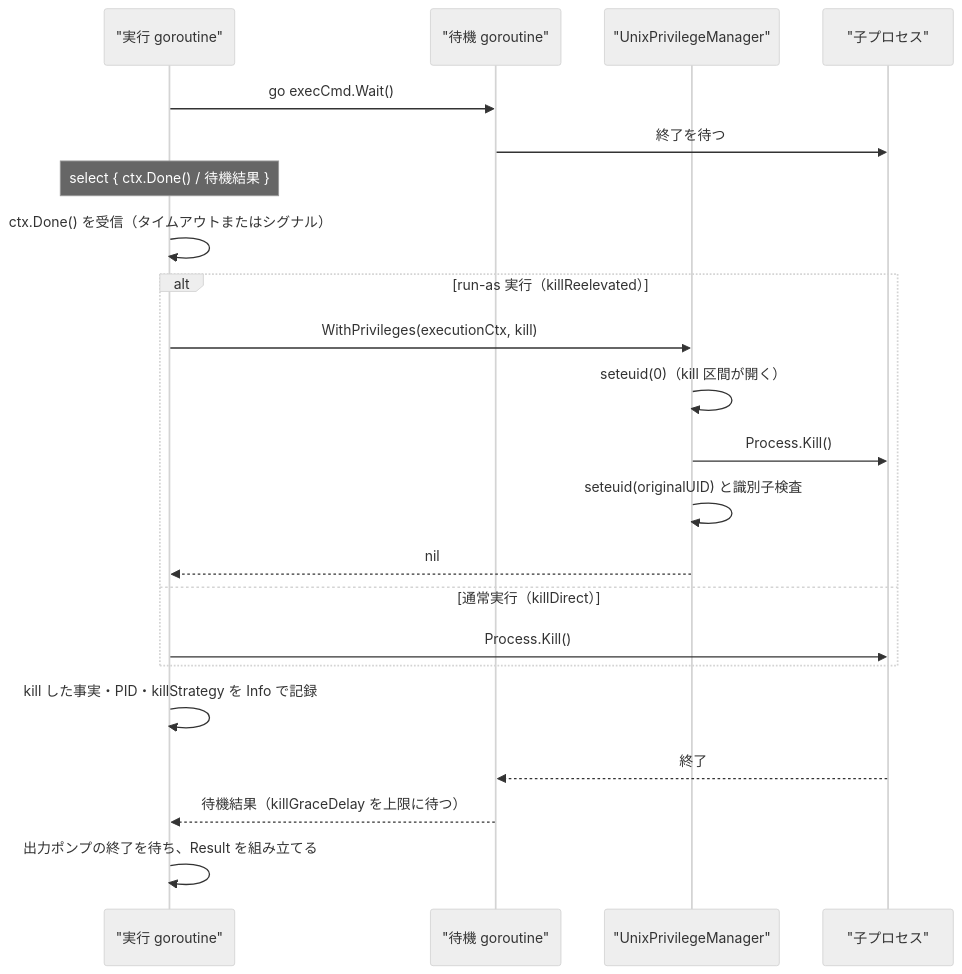
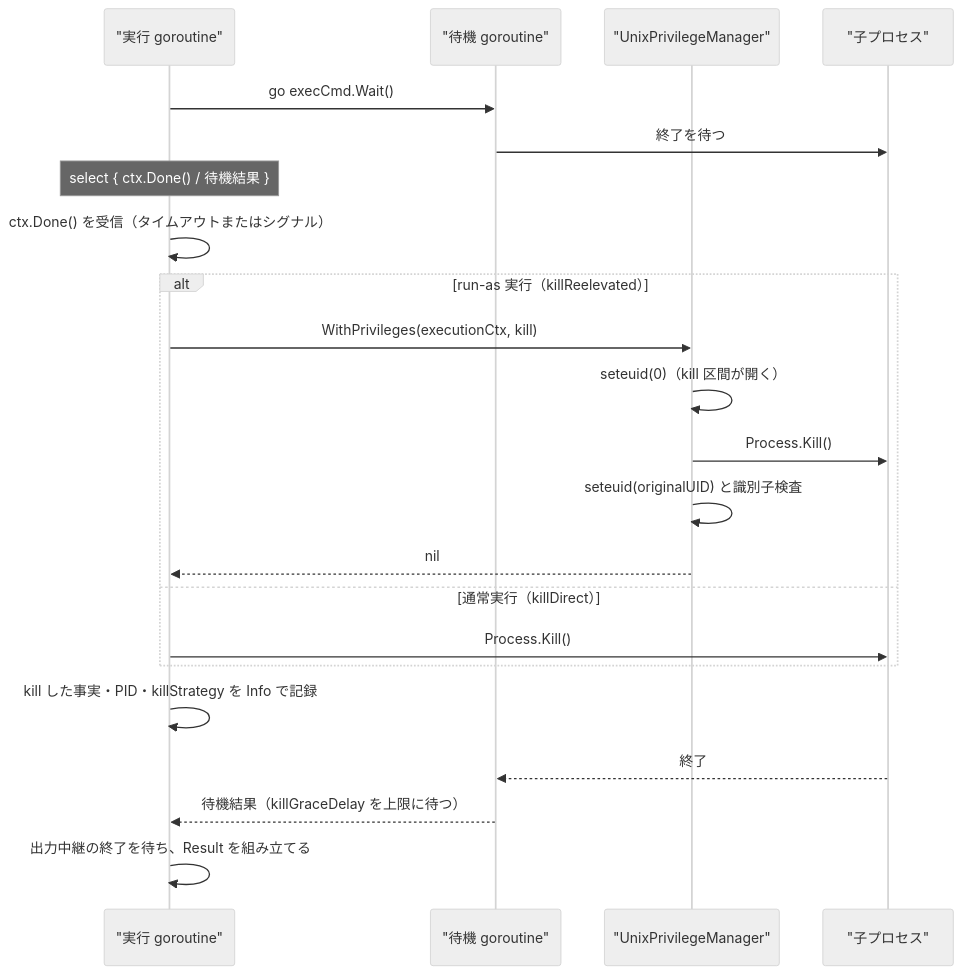
Before and after one commit to isseis/go-safe-cmd-runner: diagram 11 of 13 in docs/tasks/0171_privilege_gap_narrowing/02_architecture.md, drawn with Mermaid (neutral theme). The commit also changed other lines of this file, not shown here.

````diff
--- a/docs/tasks/0171_privilege_gap_narrowing/02_architecture.md
+++ b/docs/tasks/0171_privilege_gap_narrowing/02_architecture.md
@@ -1110,25 +1110,25 @@
 ```mermaid
 sequenceDiagram
     participant EX as "実行 goroutine"
     participant W as "待機 goroutine"
     participant PM as "UnixPrivilegeManager"
     participant CH as "子プロセス"
 
     EX->>W: go execCmd.Wait()
     W->>CH: 終了を待つ
     Note over EX: select { ctx.Done() / 待機結果 }
     EX->>EX: ctx.Done() を受信（タイムアウトまたはシグナル）
     alt run-as 実行（killReelevated）
         EX->>PM: WithPrivileges(executionCtx, kill)
         PM->>PM: seteuid(0)（kill 区間が開く）
         PM->>CH: Process.Kill()
         PM->>PM: seteuid(originalUID) と識別子検査
         PM-->>EX: nil
     else 通常実行（killDirect）
         EX->>CH: Process.Kill()
     end
     EX->>EX: kill した事実・PID・killStrategy を Info で記録
     CH-->>W: 終了
     W-->>EX: 待機結果（killGraceDelay を上限に待つ）
-    EX->>EX: 出力ポンプの終了を待ち、Result を組み立てる
+    EX->>EX: 出力中継の終了を待ち、Result を組み立てる
 ```
````
